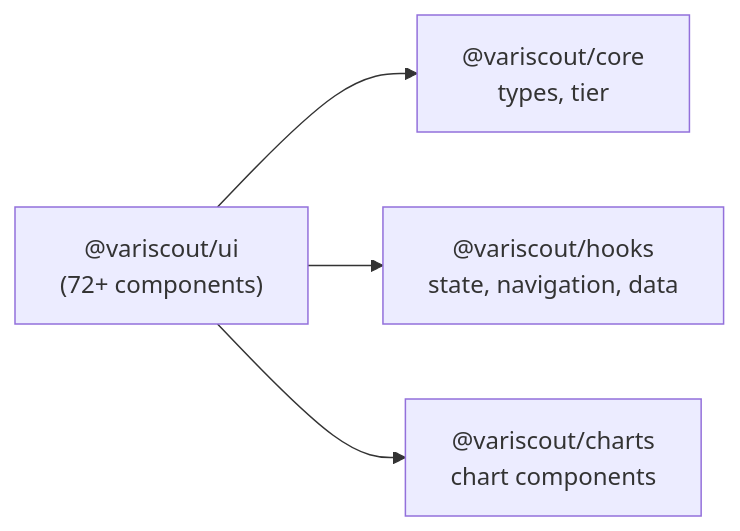
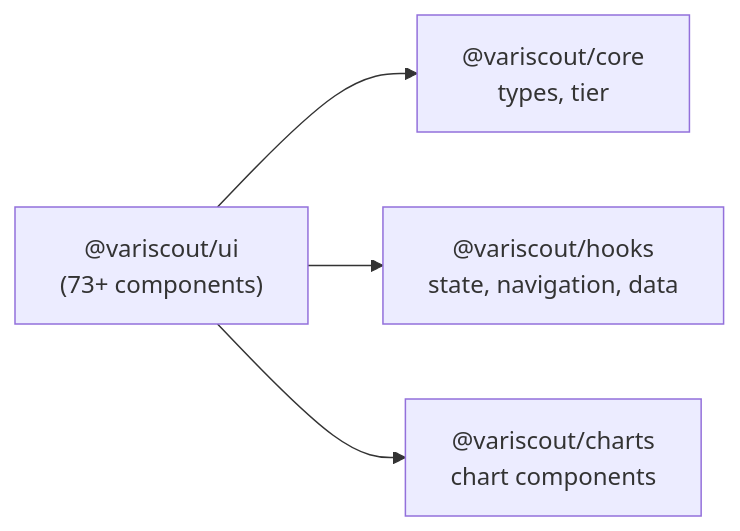
One commit to jukka-matti/variscout changed the sixth of 8 diagrams in docs/05-technical/architecture/component-map.md. Above: the diagram before and after it, drawn with Mermaid. The commit also changed other lines of this file and 24 other files, not shown here.

````diff
--- a/docs/05-technical/architecture/component-map.md
+++ b/docs/05-technical/architecture/component-map.md
@@ -378,11 +378,11 @@
 ```mermaid
 flowchart LR
-    ui["@variscout/ui<br/>(72+ components)"]
+    ui["@variscout/ui<br/>(73+ components)"]
     core["@variscout/core<br/>types, tier"]
     hooks["@variscout/hooks<br/>state, navigation, data"]
     charts["@variscout/charts<br/>chart components"]
 
     ui --> core
     ui --> hooks
     ui --> charts
 ```
````
